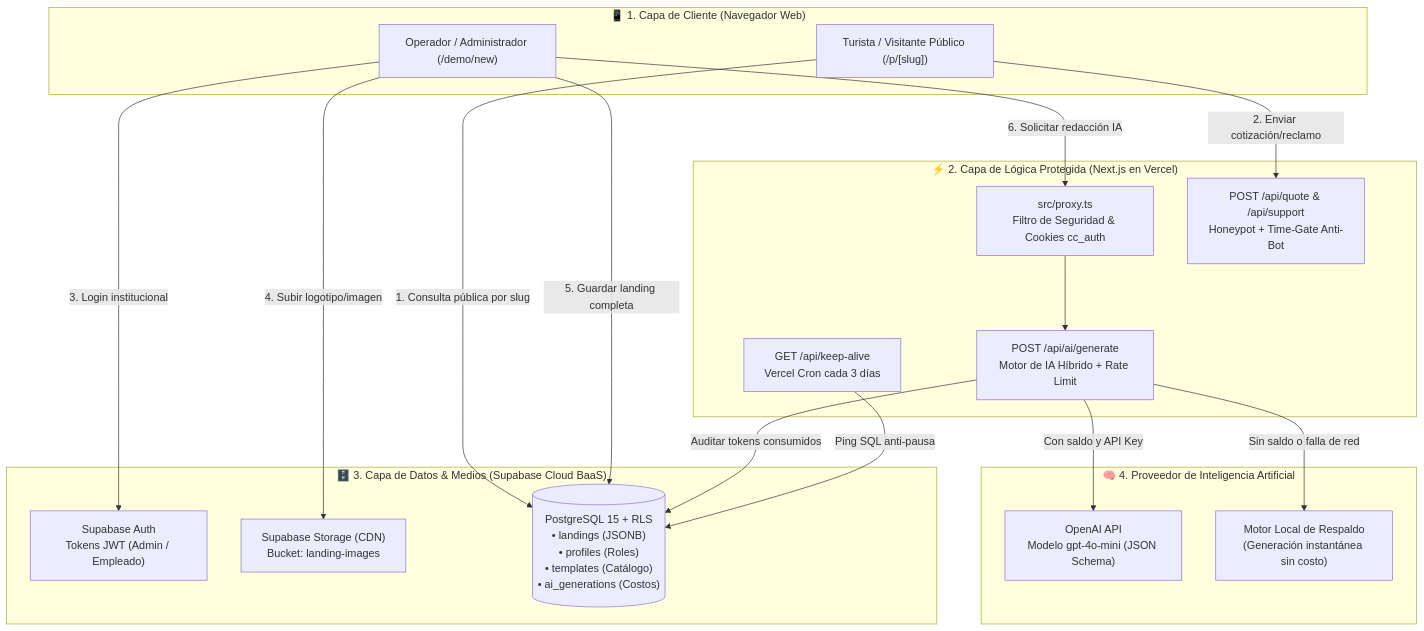
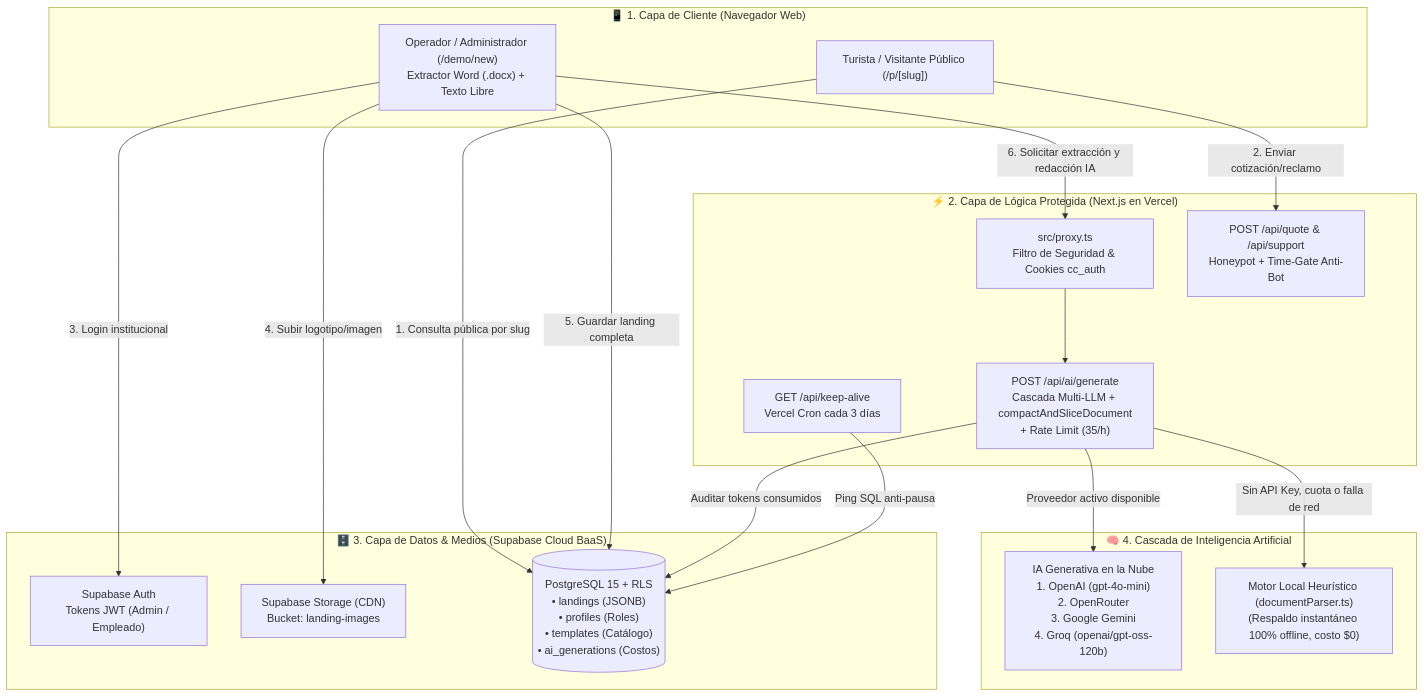
The first of 7 diagrams in docs/documentacion_tesis.md (erikvlad1111-ctrl/Generador-de-Landingpages), drawn with Mermaid before and after one commit. The commit also changed other lines of this file, not shown here.

Commit message:
docs(tesis): actualizar diagramas y manual de usuario con cascada Groq/Multi-LLM, ingesta Word y guia Human-in-the-Loop

````diff
--- a/docs/documentacion_tesis.md
+++ b/docs/documentacion_tesis.md
@@ -14,38 +14,38 @@
 ```mermaid
 flowchart TB
     subgraph CapaCliente["📱 1. Capa de Cliente (Navegador Web)"]
-        User["Operador / Administrador (/demo/new)"]
+        User["Operador / Administrador (/demo/new)\nExtractor Word (.docx) + Texto Libre"]
         Turista["Turista / Visitante Público (/p/[slug])"]
     end
 
     subgraph CapaEdge["⚡ 2. Capa de Lógica Protegida (Next.js en Vercel)"]
         Proxy["src/proxy.ts\nFiltro de Seguridad & Cookies cc_auth"]
-        APIAI["POST /api/ai/generate\nMotor de IA Híbrido + Rate Limit"]
+        APIAI["POST /api/ai/generate\nCascada Multi-LLM + compactAndSliceDocument\n+ Rate Limit (35/h)"]
         APIQuote["POST /api/quote & /api/support\nHoneypot + Time-Gate Anti-Bot"]
         CronKeep["GET /api/keep-alive\nVercel Cron cada 3 días"]
     end
 
     subgraph CapaBaaS["🗄️ 3. Capa de Datos & Medios (Supabase Cloud BaaS)"]
         SupaAuth["Supabase Auth\nTokens JWT (Admin / Empleado)"]
         SupaStorage["Supabase Storage (CDN)\nBucket: landing-images"]
         SupaDB[("PostgreSQL 15 + RLS\n• landings (JSONB)\n• profiles (Roles)\n• templates (Catálogo)\n• ai_generations (Costos)")]
     end
 
-    subgraph CapaIA["🧠 4. Proveedor de Inteligencia Artificial"]
-        OpenAI["OpenAI API\nModelo gpt-4o-mini (JSON Schema)"]
-        FallbackLocal["Motor Local de Respaldo\n(Generación instantánea sin costo)"]
+    subgraph CapaIA["🧠 4. Cascada de Inteligencia Artificial"]
+        CloudLLM["IA Generativa en la Nube\n1. OpenAI (gpt-4o-mini)\n2. OpenRouter\n3. Google Gemini\n4. Groq (openai/gpt-oss-120b)"]
+        FallbackLocal["Motor Local Heurístico (documentParser.ts)\n(Respaldo instantáneo 100% offline, costo $0)"]
     end
 
     %% Flujos de interacción
     Turista -->|1. Consulta pública por slug| SupaDB
     Turista -->|2. Enviar cotización/reclamo| APIQuote
     User -->|3. Login institucional| SupaAuth
     User -->|4. Subir logotipo/imagen| SupaStorage
     User -->|5. Guardar landing completa| SupaDB
-    User -->|6. Solicitar redacción IA| Proxy
+    User -->|6. Solicitar extracción y redacción IA| Proxy
     Proxy --> APIAI
-    APIAI -->|Con saldo y API Key| OpenAI
-    APIAI -->|Sin saldo o falla de red| FallbackLocal
+    APIAI -->|Proveedor activo disponible| CloudLLM
+    APIAI -->|Sin API Key, cuota o falla de red| FallbackLocal
     APIAI -->|Auditar tokens consumidos| SupaDB
     CronKeep -->|Ping SQL anti-pausa| SupaDB
 ```
````
